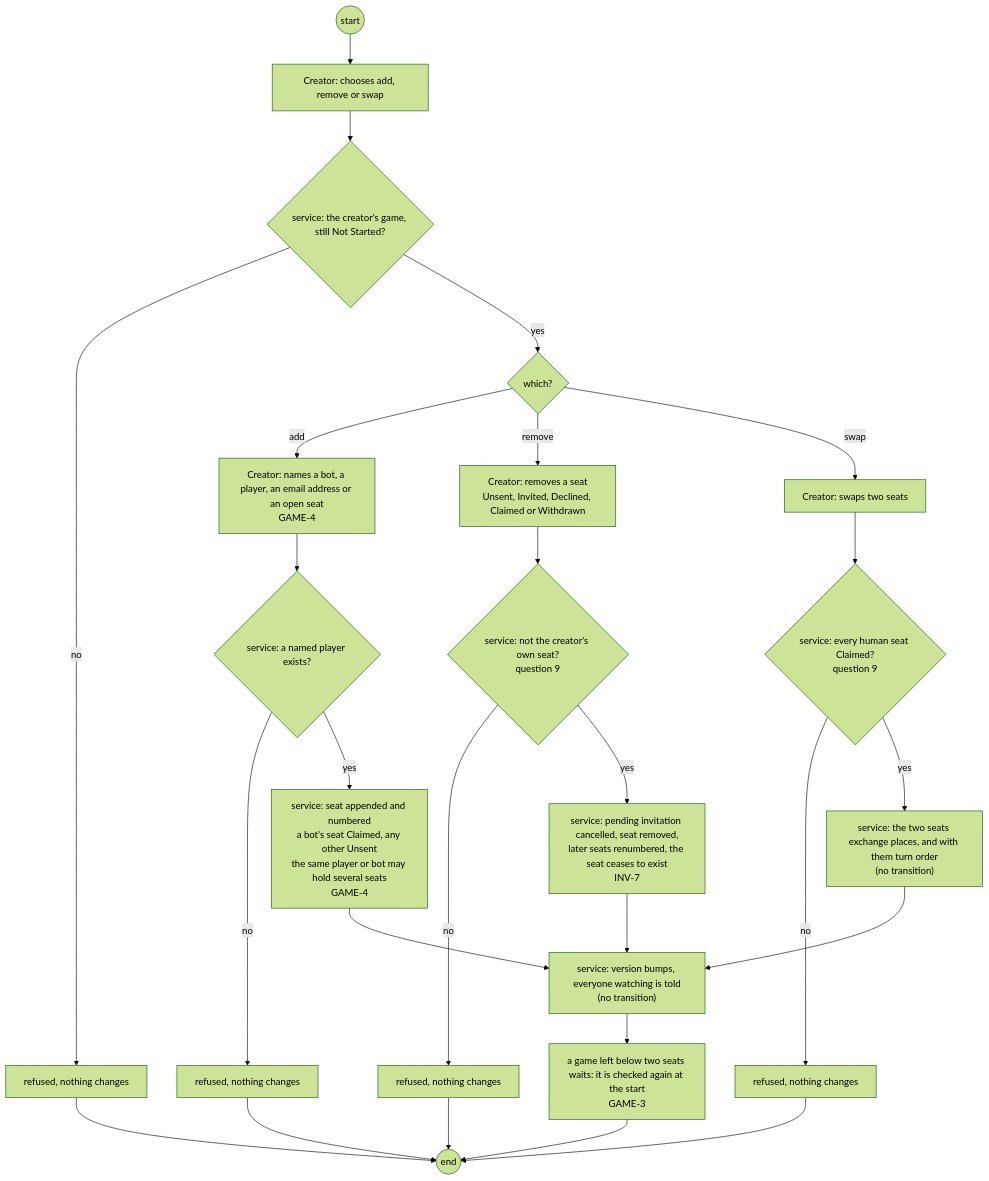
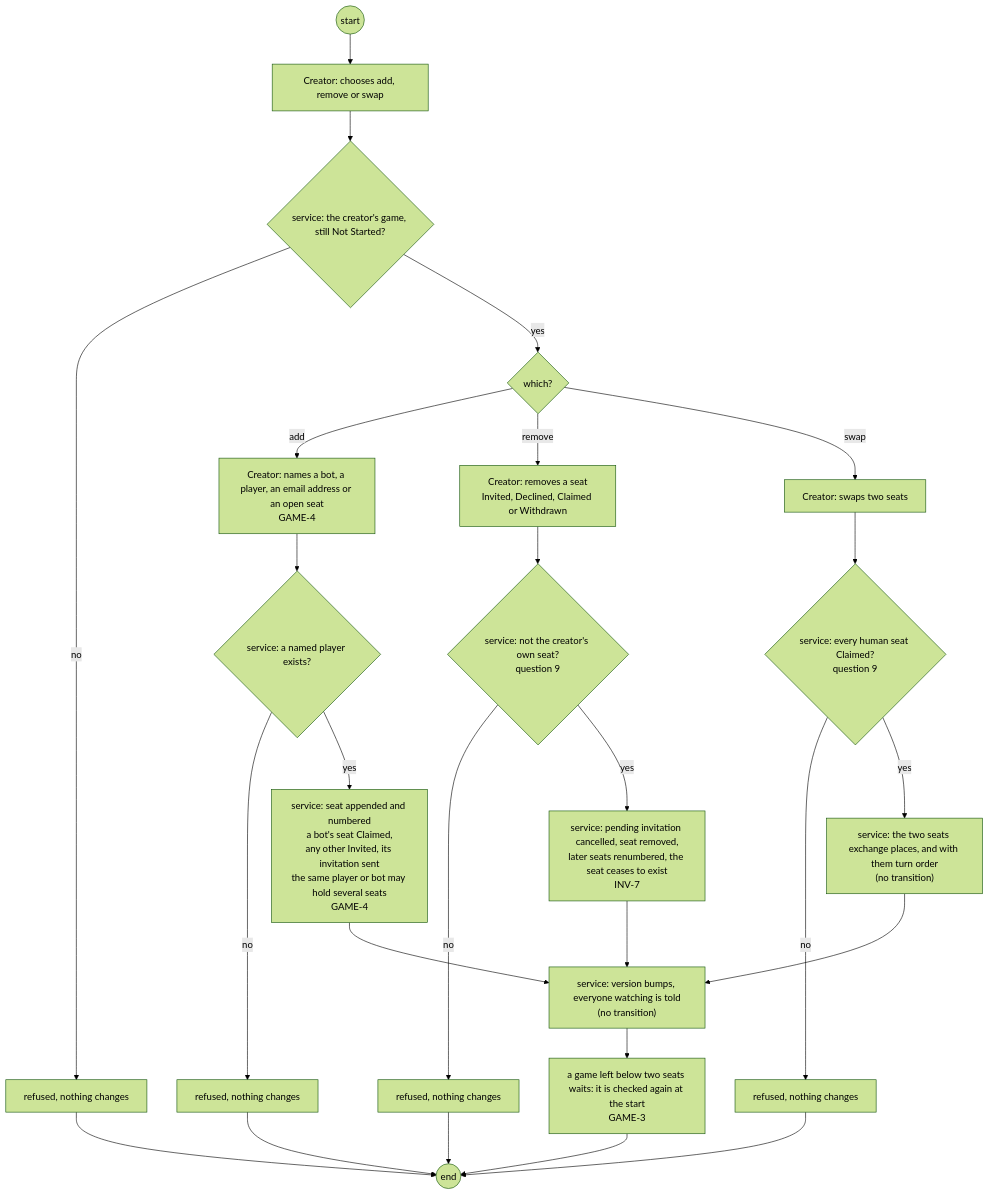
Before and after one commit to delphside/programme: the ninth of 20 diagrams in docs/changes/workstreams/application-game-architecture/71-one-game-model/71-functional.md, drawn with Mermaid (forest theme). The commit also changed other lines of this file and 1 other file, not shown here.

First line of the commit message:
app 0.9.2 api 2.16: #71 an invited seat is created sent, so no Unsent state

````diff
--- a/docs/changes/workstreams/application-game-architecture/71-one-game-model/71-functional.md
+++ b/docs/changes/workstreams/application-game-architecture/71-one-game-model/71-functional.md
@@ -235,28 +235,28 @@
 ```mermaid
 flowchart TD
   s0((start)) --> c1["Creator: chooses add, remove or swap"]
   c1 --> v1{"service: the creator's game, still Not Started?"}
   v1 -- no --> r1["refused, nothing changes"]
   v1 -- yes --> d0{"which?"}
   d0 -- add --> c2["Creator: names a bot, a player, an email address or an open seat<br/>GAME-4"]
   c2 --> v2{"service: a named player exists?"}
   v2 -- no --> r2["refused, nothing changes"]
-  v2 -- yes --> t1["service: seat appended and numbered<br/>a bot's seat Claimed, any other Unsent<br/>the same player or bot may hold several seats<br/>GAME-4"]
-  d0 -- remove --> c3["Creator: removes a seat<br/>Unsent, Invited, Declined, Claimed or Withdrawn"]
+  v2 -- yes --> t1["service: seat appended and numbered<br/>a bot's seat Claimed,<br/>any other Invited, its invitation sent<br/>the same player or bot may hold several seats<br/>GAME-4"]
+  d0 -- remove --> c3["Creator: removes a seat<br/>Invited, Declined, Claimed or Withdrawn"]
   c3 --> v3{"service: not the creator's own seat?<br/>question 9"}
   v3 -- no --> r3["refused, nothing changes"]
   v3 -- yes --> t2["service: pending invitation cancelled, seat removed,<br/>later seats renumbered, the seat ceases to exist<br/>INV-7"]
   d0 -- swap --> c4["Creator: swaps two seats"]
   c4 --> v4{"service: every human seat Claimed?<br/>question 9"}
   v4 -- no --> r4["refused, nothing changes"]
   v4 -- yes --> t3["service: the two seats exchange places, and with them turn order<br/>(no transition)"]
   t1 --> t4["service: version bumps, everyone watching is told<br/>(no transition)"]
   t2 --> t4
   t3 --> t4
   t4 --> n0["a game left below two seats waits: it is checked again at the start<br/>GAME-3"]
   n0 --> e0((end))
   r1 --> e0
   r2 --> e0
   r3 --> e0
   r4 --> e0
 ```
````
